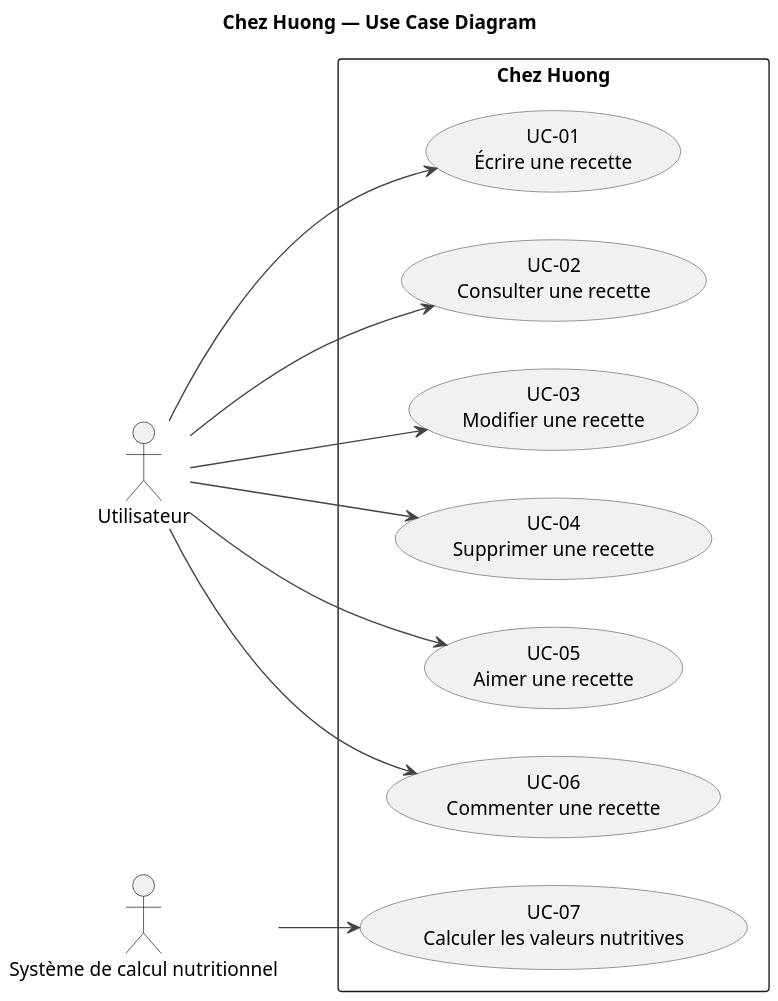
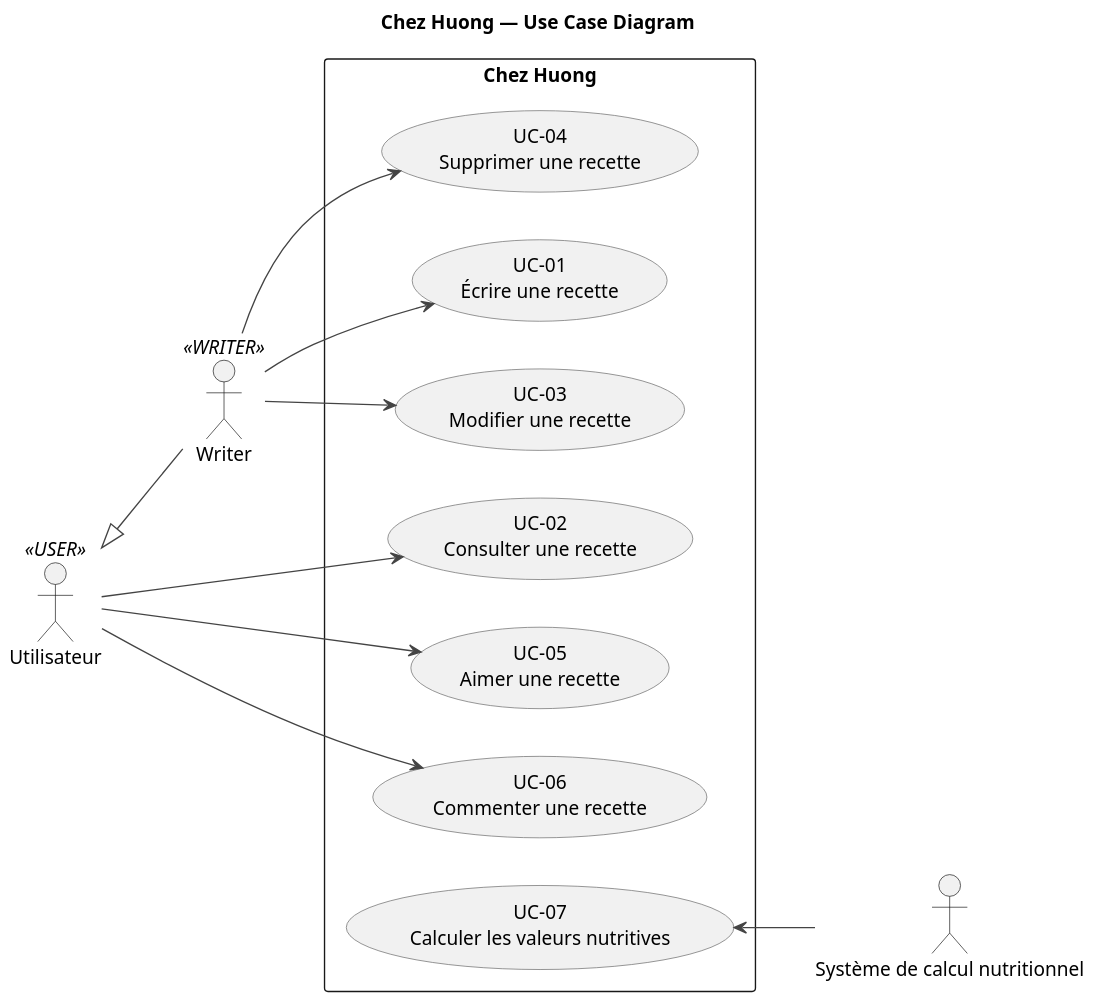
One commit to Orchydae/Chez_Huong changed the diagram in docs/diagrams/use_case_diagram.puml. Above: the diagram before and after it, drawn with PlantUML. The commit also changed 21 other files, not shown here.

```diff
--- a/docs/diagrams/use_case_diagram.puml
+++ b/docs/diagrams/use_case_diagram.puml
@@ -1,33 +1,35 @@
 @startuml
 title Chez Huong — Use Case Diagram
 
 skinparam dpi 150
 skinparam usecase {
   BorderColor #666
   ArrowColor  #444
 }
 left to right direction
 
-actor Utilisateur
+actor "Utilisateur" <<USER>> as Utilisateur
+actor "Writer" <<WRITER>> as Writer
 actor "Système de calcul nutritionnel" as SCN
 
 rectangle "Chez Huong" as CH {
     usecase "UC-01\nÉcrire une recette" as UC01
     usecase "UC-02\nConsulter une recette" as UC02
     usecase "UC-03\nModifier une recette" as UC03
     usecase "UC-04\nSupprimer une recette" as UC04
     usecase "UC-05\nAimer une recette" as UC05
     usecase "UC-06\nCommenter une recette" as UC06
     usecase "UC-07\nCalculer les valeurs nutritives" as UC07
 }
 
-Utilisateur --> UC01
+Utilisateur <|-- Writer
+Writer --> UC01
+Writer --> UC03
+Writer --> UC04
 Utilisateur --> UC02
-Utilisateur --> UC03
-Utilisateur --> UC04
 Utilisateur --> UC05
 Utilisateur --> UC06
-SCN --> UC07
+UC07 <-- SCN
 
 
 @enduml
```
